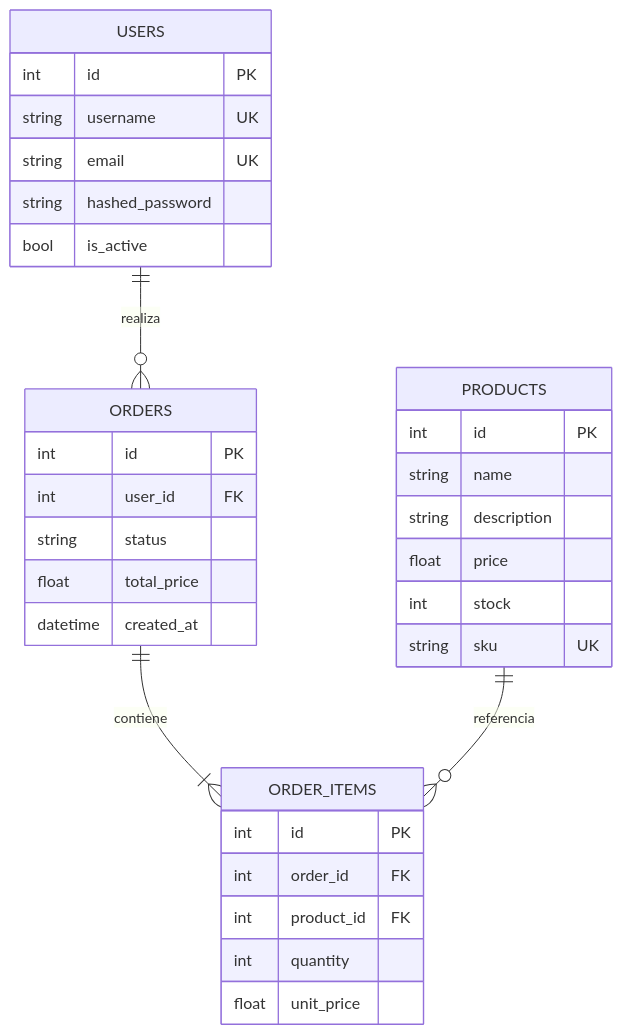
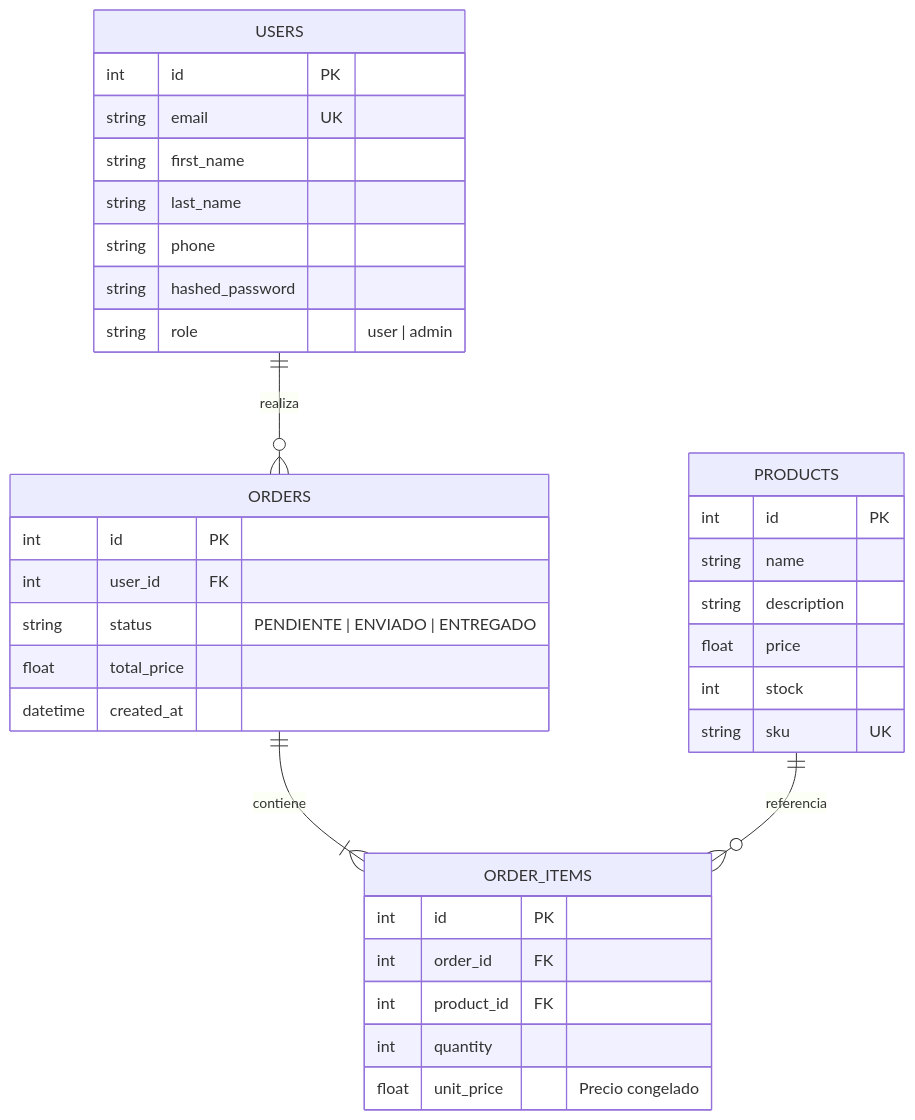
One commit to Sestmar/LibnamicPracticasPrimerProyecto changed the third of 7 diagrams in README.md. Above: the diagram before and after it, drawn with Mermaid. The commit also changed other lines of this file, not shown here.

Commit message:
docs: README.md profesional con diagramas y guía completa

````diff
--- a/README.md
+++ b/README.md
@@ -76,39 +99,41 @@
 ```mermaid
 erDiagram
     USERS {
         int id PK
-        string username UK
         string email UK
+        string first_name
+        string last_name
+        string phone
         string hashed_password
-        bool is_active
+        string role "user | admin"
     }
 
     PRODUCTS {
         int id PK
         string name
         string description
         float price
         int stock
         string sku UK
     }
 
     ORDERS {
         int id PK
         int user_id FK
-        string status
+        string status "PENDIENTE | ENVIADO | ENTREGADO"
         float total_price
         datetime created_at
     }
 
     ORDER_ITEMS {
         int id PK
         int order_id FK
         int product_id FK
         int quantity
-        float unit_price
+        float unit_price "Precio congelado"
     }
 
     USERS ||--o{ ORDERS : "realiza"
     ORDERS ||--|{ ORDER_ITEMS : "contiene"
     PRODUCTS ||--o{ ORDER_ITEMS : "referencia"
 ```
````
